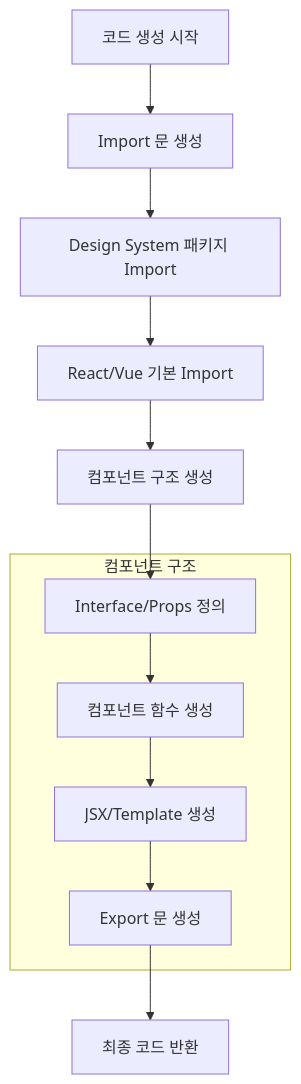
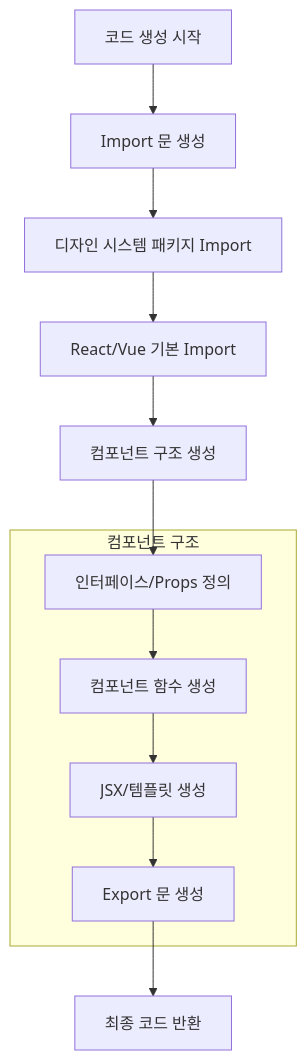
The fifth of 8 diagrams in project-flow-diagram.md (Opti-kjh/palette), drawn with Mermaid before and after one commit. The commit also changed other lines of this file and 2 other files, not shown here.

Commit message:
project-flow-diagram 주석 설치

````diff
--- a/project-flow-diagram.md
+++ b/project-flow-diagram.md
@@ -155,23 +155,23 @@
 ```mermaid
 graph TD
     A[코드 생성 시작] --> B[Import 문 생성]
     
-    B --> C[Design System 패키지 Import]
+    B --> C[디자인 시스템 패키지 Import]
     C --> D[React/Vue 기본 Import]
     
     D --> E[컴포넌트 구조 생성]
     
     subgraph "컴포넌트 구조"
-        E1[Interface/Props 정의]
+        E1[인터페이스/Props 정의]
         E2[컴포넌트 함수 생성]
-        E3[JSX/Template 생성]
+        E3[JSX/템플릿 생성]
         E4[Export 문 생성]
     end
     
     E --> E1
     E1 --> E2
     E2 --> E3
     E3 --> E4
     
     E4 --> F[최종 코드 반환]
 ```
````
